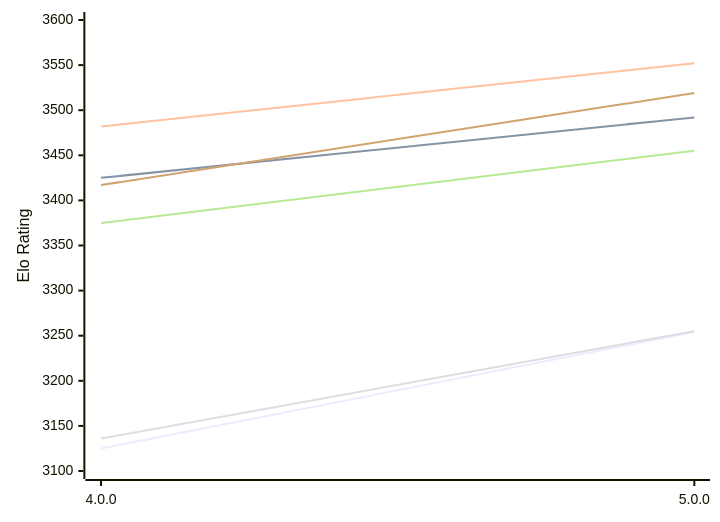
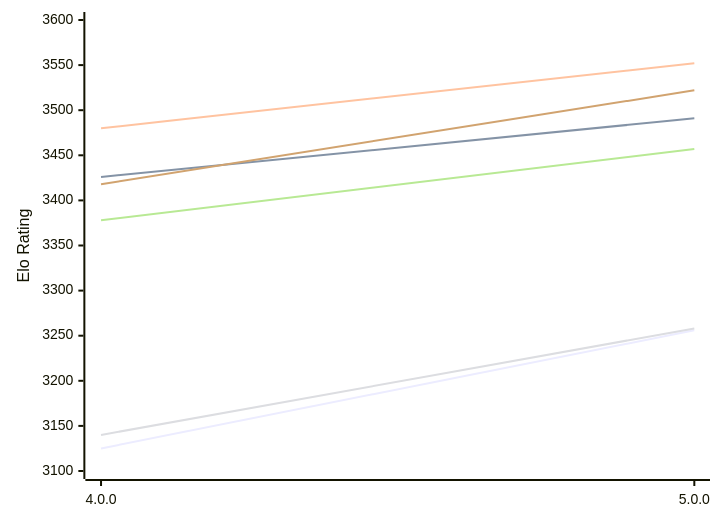
One commit to computer-chess-index/cci changed the first of 2 diagrams in engines/Avalanche.md. Above: the diagram before and after it, drawn with Mermaid. The commit also changed other lines of this file, not shown here.

Commit message:
Update CCI Ratings (ELO VLTC) - 2026-11-24

````diff
--- a/engines/Avalanche.md
+++ b/engines/Avalanche.md
@@ -50,12 +50,12 @@
 ```mermaid
 %%{init: {"theme":"base","themeVariables":{"seriesColors:['#a3a3a3','#222221','#faa371']}}}%%
 xychart-beta
   x-axis ["4.0.0", "5.0.0"]
   y-axis "Elo Rating" 3100 --> 3600
-  line "E1: STC (8.0+0.08s)" [3125, 3254]
-  line "E1: LTC (60.0+0.60s)" [3425, 3492]
-  line "E1: VLTC (2m24s+1.12s)" [3482, 3552]
-  line "P1: STC (8.0+0.08s)" [3136, 3255]
-  line "P1: LTC (60.0+0.60s)" [3375, 3455]
-  line "P1: VLTC (2m24s+1.12s)" [3417, 3519]
+  line "E1: STC (8.0+0.08s)" [3125, 3256]
+  line "E1: LTC (60.0+0.60s)" [3426, 3491]
+  line "E1: VLTC (2m24s+1.12s)" [3480, 3552]
+  line "P1: STC (8.0+0.08s)" [3140, 3258]
+  line "P1: LTC (60.0+0.60s)" [3378, 3457]
+  line "P1: VLTC (2m24s+1.12s)" [3418, 3522]
 ```
````
